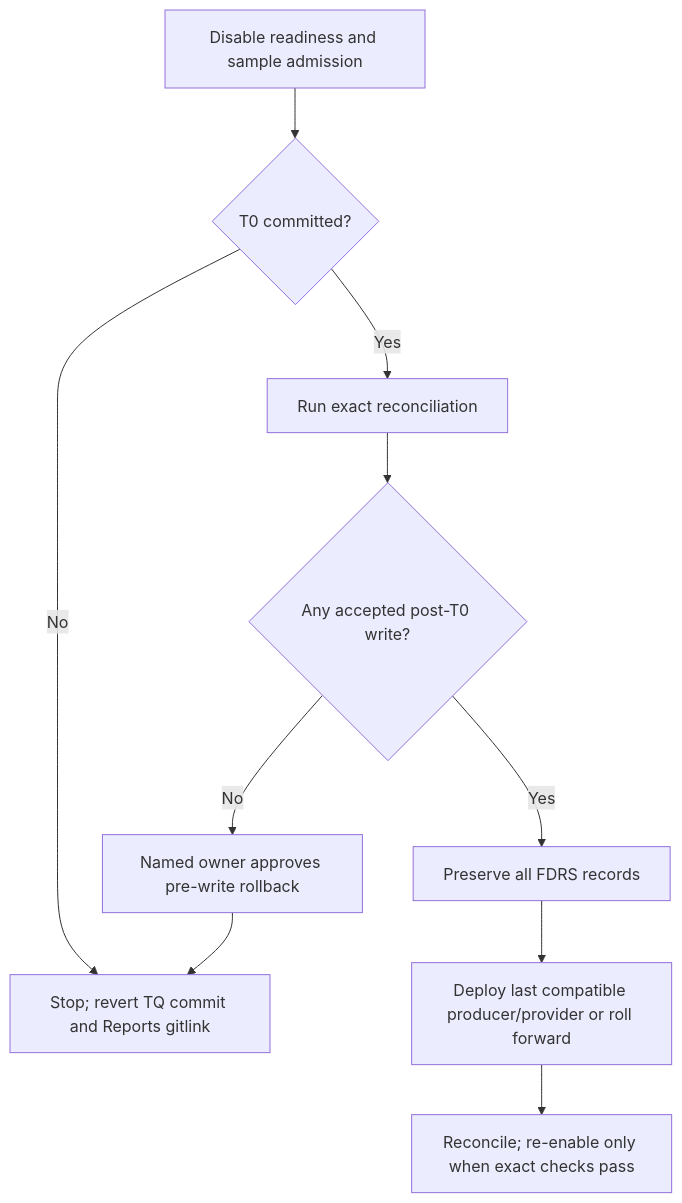
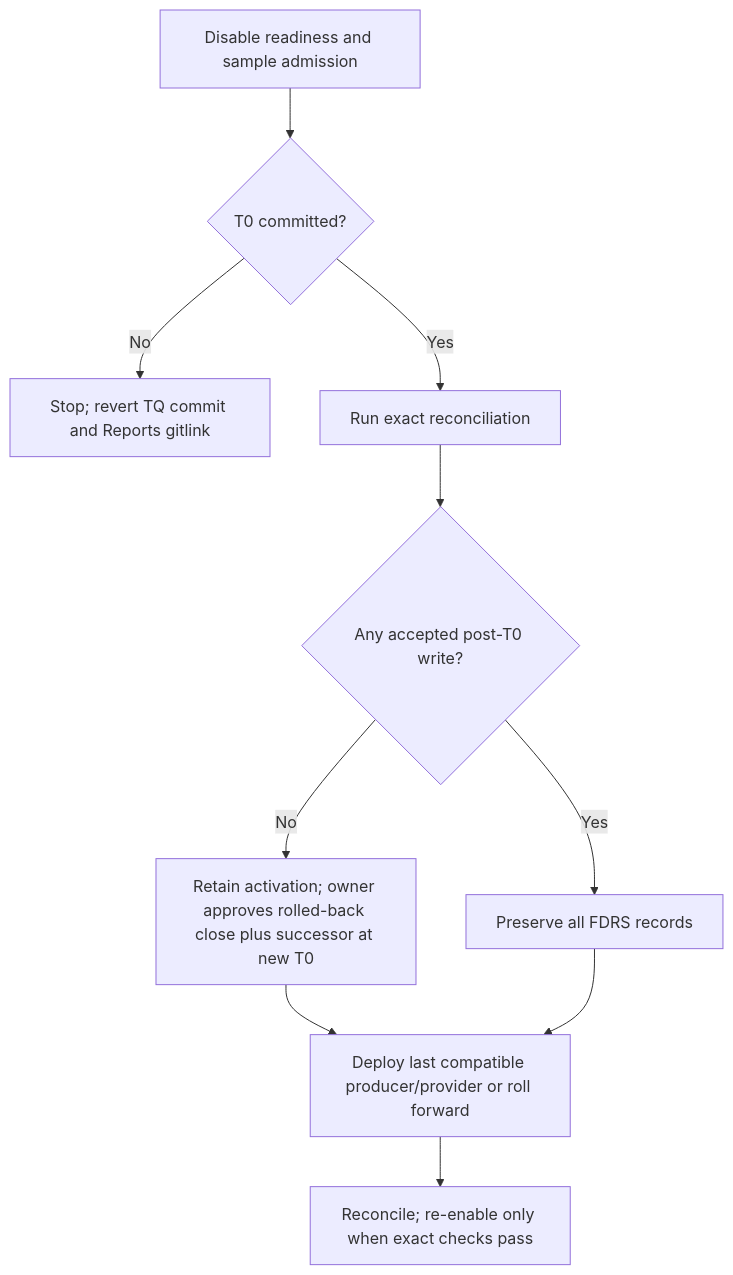
The sixth of 6 diagrams in agent-os/specs/2026-11-23-tq-011a-source-producer-adr/sequence-diagrams.md (bmello4688/BrukerAgentSystem), drawn with Mermaid before and after one commit. The commit also changed other lines of this file and 9 other files, not shown here.

````diff
--- a/agent-os/specs/2026-11-23-tq-011a-source-producer-adr/sequence-diagrams.md
+++ b/agent-os/specs/2026-11-23-tq-011a-source-producer-adr/sequence-diagrams.md
@@ -139,12 +213,12 @@
 ```mermaid
 flowchart TD
     A[Disable readiness and sample admission] --> B{T0 committed?}
     B -- No --> C[Stop; revert TQ commit and Reports gitlink]
     B -- Yes --> D[Run exact reconciliation]
     D --> E{Any accepted post-T0 write?}
-    E -- No --> F[Named owner approves pre-write rollback]
-    F --> C
+    E -- No --> F[Retain activation; owner approves rolled-back close plus successor at new T0]
+    F --> H
     E -- Yes --> G[Preserve all FDRS records]
     G --> H[Deploy last compatible producer/provider or roll forward]
     H --> I[Reconcile; re-enable only when exact checks pass]
 ```
````
